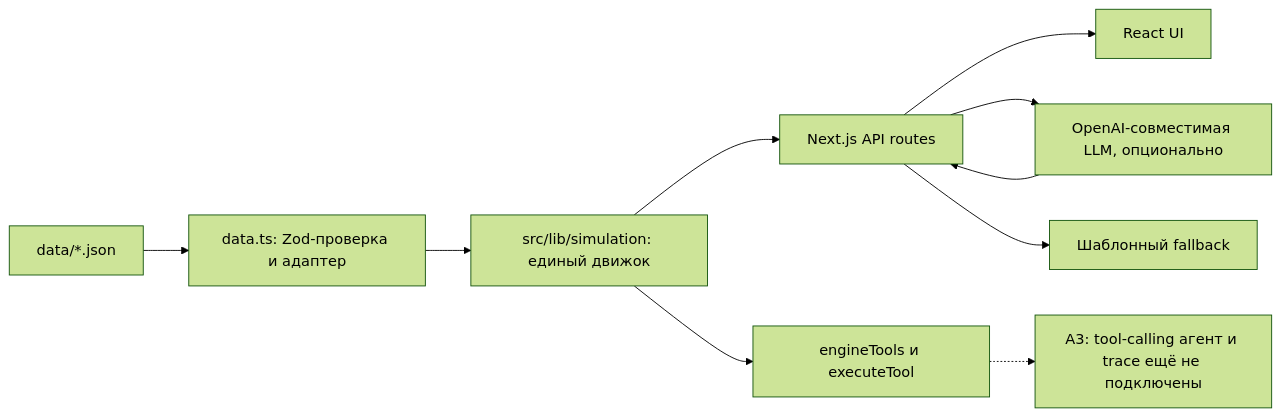
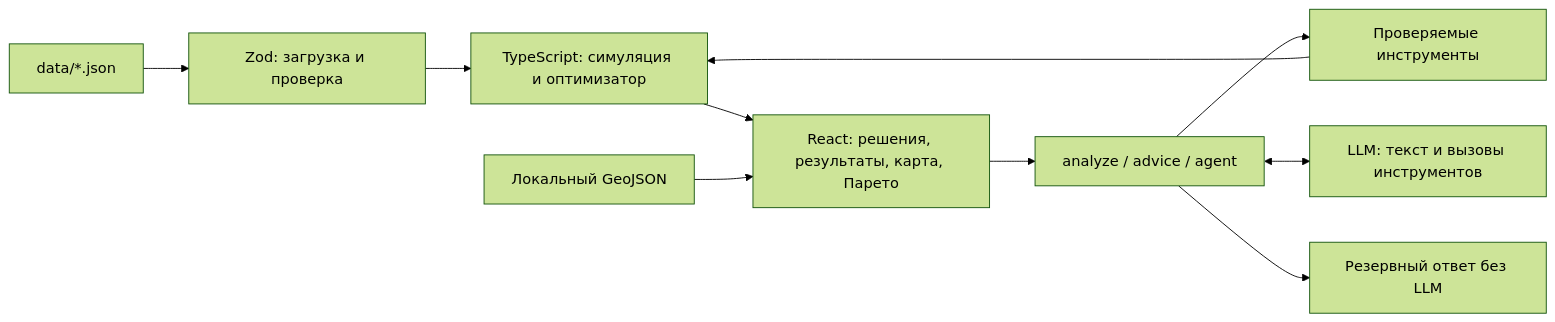
The diagram in README.md (BAITC-Hacks/hack-ee17ec59-sts), drawn with Mermaid (forest theme) before and after one commit. The commit also changed other lines of this file and 1 other file, not shown here.

````diff
--- a/README.md
+++ b/README.md
@@ -75,12 +128,12 @@
 ```mermaid
 flowchart LR
-  json["data/*.json"] --> loader["data.ts: Zod-проверка и адаптер"]
-  loader --> engine["src/lib/simulation: единый движок"]
-  engine --> api["Next.js API routes"]
-  engine --> tools["engineTools и executeTool"]
-  api --> ui["React UI"]
-  api --> llm["OpenAI-совместимая LLM, опционально"]
-  llm --> api
-  api --> fallback["Шаблонный fallback"]
-  tools -.-> agent["A3: tool-calling агент и trace ещё не подключены"]
+  data["data/*.json"] --> loader["Zod: загрузка и проверка"]
+  loader --> engine["TypeScript: симуляция и оптимизатор"]
+  engine --> ui["React: решения, результаты, карта, Парето"]
+  geo["Локальный GeoJSON"] --> ui
+  ui --> api["analyze / advice / agent"]
+  api --> tools["Проверяемые инструменты"]
+  tools --> engine
+  api <--> llm["LLM: текст и вызовы инструментов"]
+  api --> fallback["Резервный ответ без LLM"]
 ```
````
